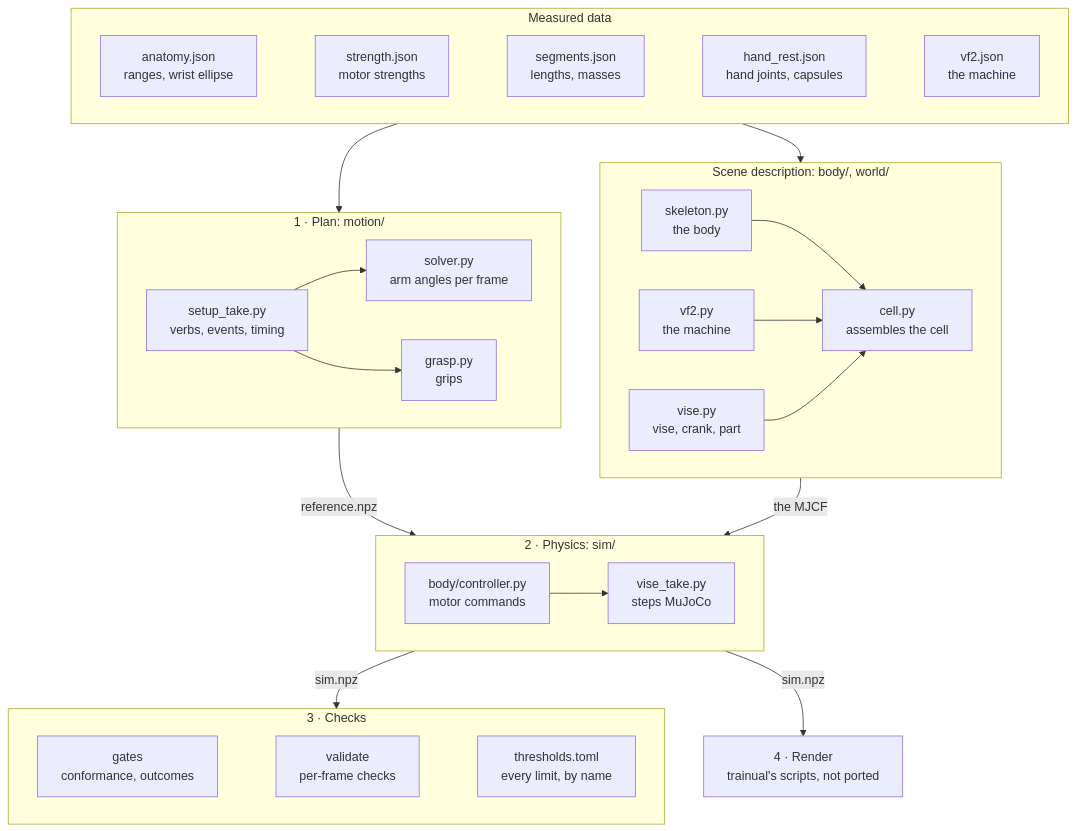
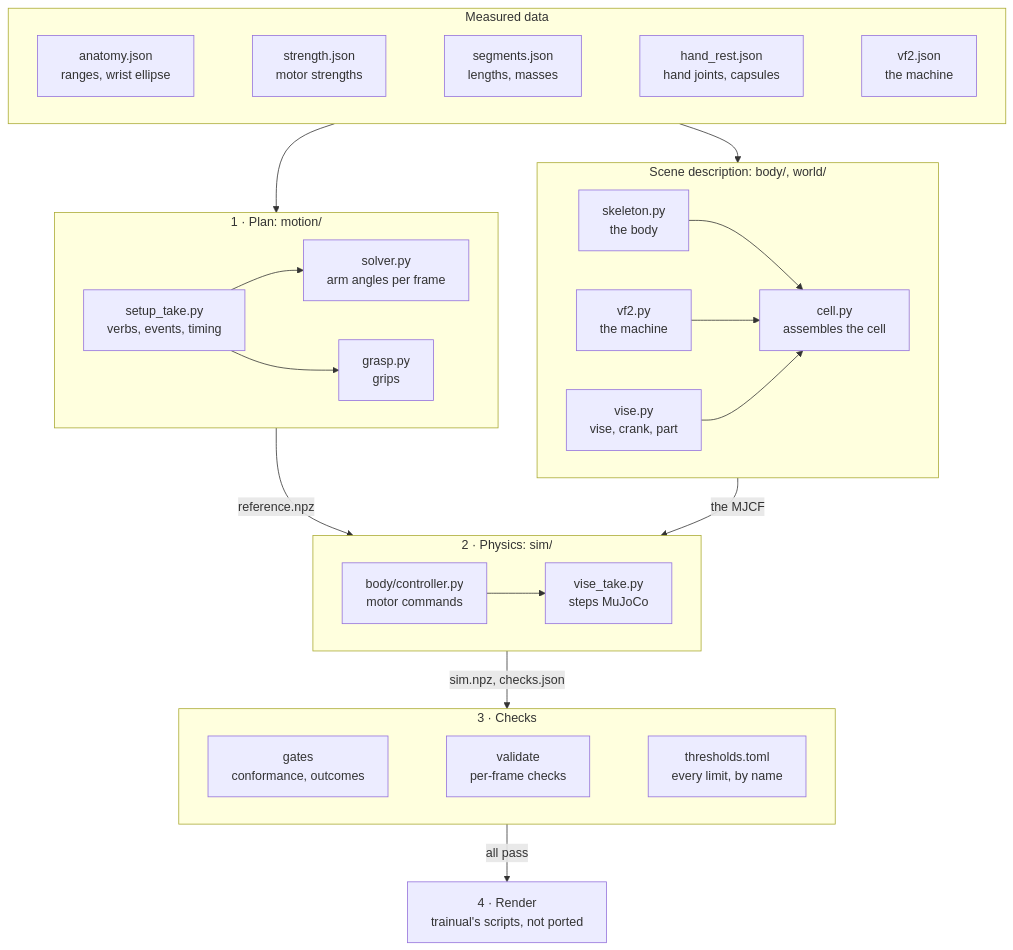
The third of 5 diagrams in docs/moonshot/physics.md (debola31/Jigged), drawn with Mermaid before and after one commit. The commit also changed other lines of this file and 4 other files, not shown here.

````diff
--- a/docs/moonshot/physics.md
+++ b/docs/moonshot/physics.md
@@ -40,31 +41,32 @@
 ```mermaid
 flowchart TB
     subgraph DATA["Measured data"]
         direction LR
         AN["anatomy.json<br/>ranges, wrist ellipse"] ~~~ STR["strength.json<br/>motor strengths"] ~~~ SEG["segments.json<br/>lengths, masses"] ~~~ HR["hand_rest.json<br/>hand joints, capsules"] ~~~ VJ["vf2.json<br/>the machine"]
     end
     subgraph PLAN["1 · Plan: motion/"]
         direction LR
         TK["setup_take.py<br/>verbs, events, timing"] --> SOL["solver.py<br/>arm angles per frame"]
         TK --> GR["grasp.py<br/>grips"]
     end
     subgraph SCENE["Scene description: body/, world/"]
         direction LR
         SK["skeleton.py<br/>the body"] --> CELL["cell.py<br/>assembles the cell"]
         VF["vf2.py<br/>the machine"] --> CELL
         VS["vise.py<br/>vise, crank, part"] --> CELL
     end
     subgraph RUN["2 · Physics: sim/"]
         direction LR
         CT["body/controller.py<br/>motor commands"] --> VT["vise_take.py<br/>steps MuJoCo"]
     end
     subgraph CHK["3 · Checks"]
         direction LR
         GT["gates<br/>conformance, outcomes"] ~~~ VAL["validate<br/>per-frame checks"] ~~~ THR["thresholds.toml<br/>every limit, by name"]
     end
     REN["4 · Render<br/>trainual's scripts, not ported"]
     DATA --> PLAN & SCENE
     PLAN -- "reference.npz" --> RUN
     SCENE -- "the MJCF" --> RUN
-    RUN -- "sim.npz" --> CHK & REN
+    RUN -- "sim.npz, checks.json" --> CHK
+    CHK -- "all pass" --> REN
 ```
````
